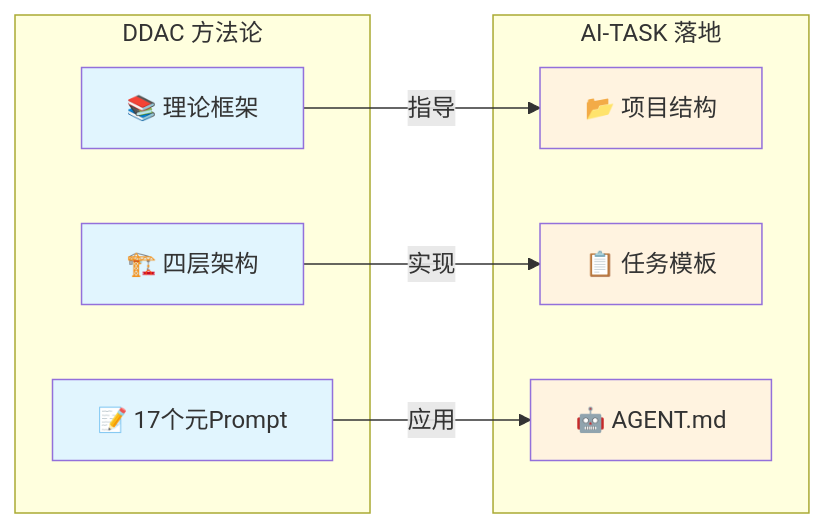
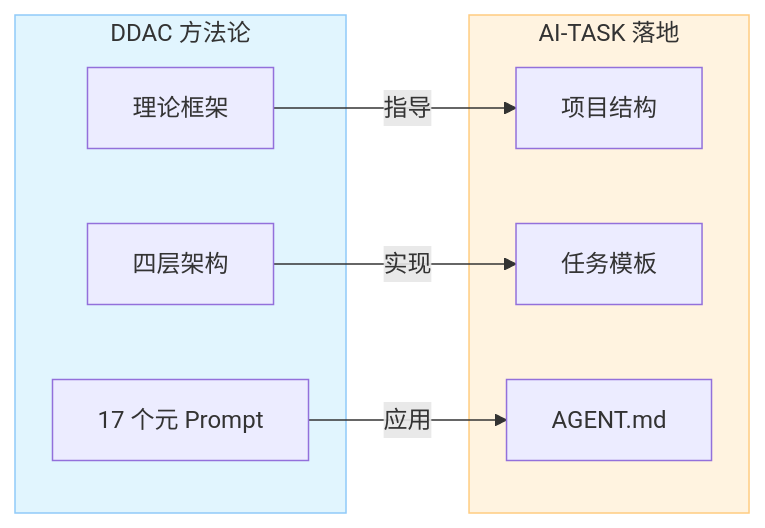
Before and after one commit to ArnoFrost/AI-TASK: the first of 3 diagrams in README.md, drawn with Mermaid. The commit also changed other lines of this file and 12 other files, not shown here.

````diff
--- a/README.md
+++ b/README.md
@@ -75,25 +75,21 @@
 ```mermaid
 graph LR
-    subgraph "DDAC 方法论"
-        D1[📚 理论框架]
-        D2[🏗️ 四层架构]
-        D3[📝 17个元Prompt]
+    subgraph DDAC["DDAC 方法论"]
+        D1["理论框架"]
+        D2["四层架构"]
+        D3["17 个元 Prompt"]
     end
 
-    subgraph "AI-TASK 落地"
-        A1[📂 项目结构]
-        A2[📋 任务模板]
-        A3[🤖 AGENT.md]
+    subgraph AITASK_IMPL["AI-TASK 落地"]
+        A1["项目结构"]
+        A2["任务模板"]
+        A3["AGENT.md"]
     end
 
     D1 -->|指导| A1
     D2 -->|实现| A2
     D3 -->|应用| A3
 
-    style D1 fill:#e1f5fe
-    style D2 fill:#e1f5fe
-    style D3 fill:#e1f5fe
-    style A1 fill:#fff3e0
-    style A2 fill:#fff3e0
-    style A3 fill:#fff3e0
+    style DDAC fill:#e1f5fe,stroke:#90caf9
+    style AITASK_IMPL fill:#fff3e0,stroke:#ffcc80
 ```
````
